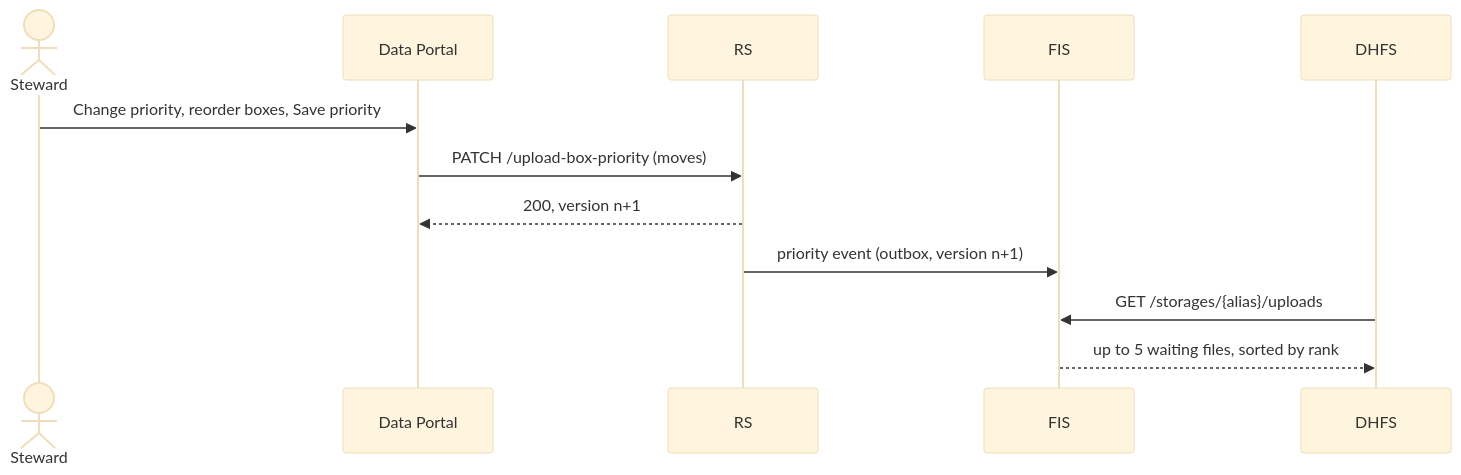
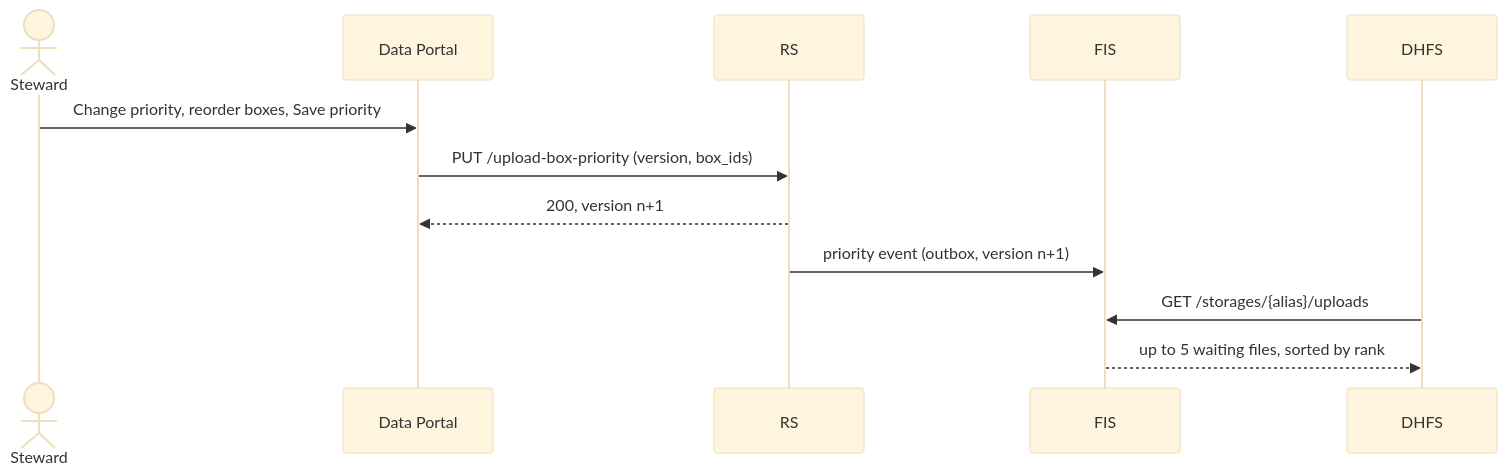
The diagram in docs/epics/epic-0095-shoebill/README.md (ghga-de/ghga), drawn with Mermaid (base theme) before and after one commit. The commit also changed other lines of this file and 1 other file, not shown here.

Commit message:
docs(box-priority): save the whole priority order with its version

````diff
--- a/docs/epics/epic-0095-shoebill/README.md
+++ b/docs/epics/epic-0095-shoebill/README.md
@@ -125,14 +116,14 @@
 ```mermaid
 sequenceDiagram
     actor Steward
     participant Portal as Data Portal
     participant RS
     participant FIS
     participant DHFS
     Steward->>Portal: Change priority, reorder boxes, Save priority
-    Portal->>RS: PATCH /upload-box-priority (moves)
+    Portal->>RS: PUT /upload-box-priority (version, box_ids)
     RS-->>Portal: 200, version n+1
     RS->>FIS: priority event (outbox, version n+1)
     DHFS->>FIS: GET /storages/{alias}/uploads
     FIS-->>DHFS: up to 5 waiting files, sorted by rank
 ```
````
